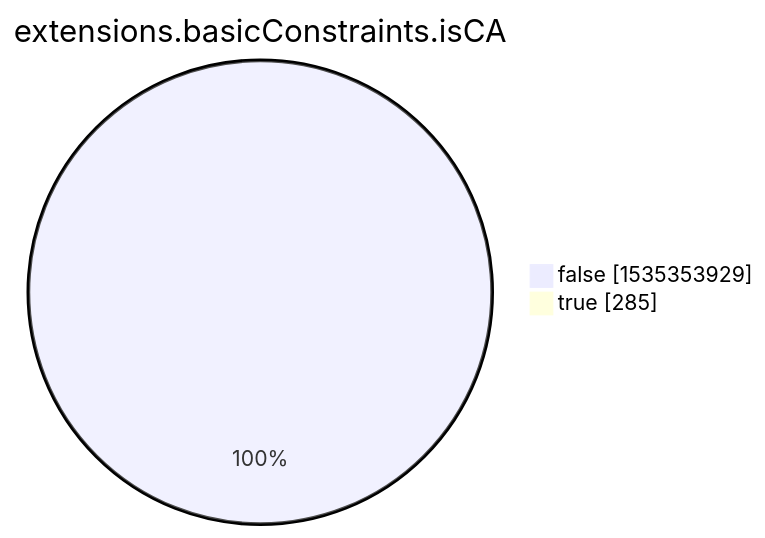
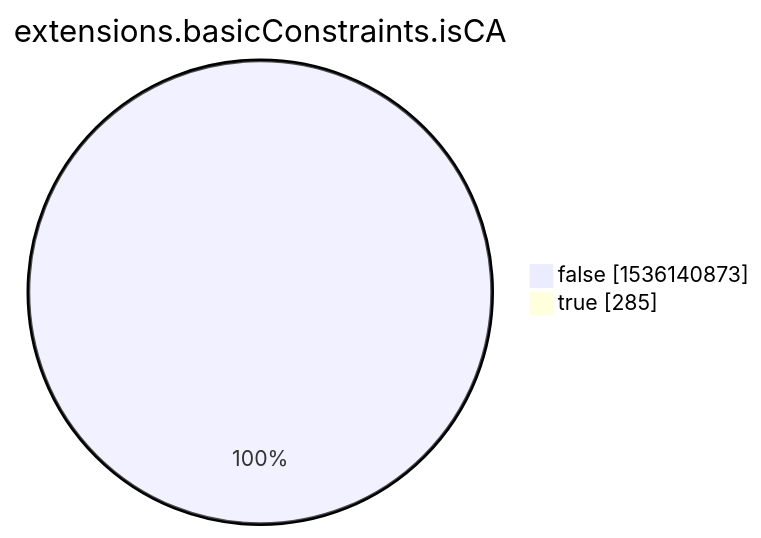
The eighth of 15 diagrams in xenon2022/README.md (christiankrug/ctmonitor_visualization), drawn with Mermaid before and after one commit. The commit also changed other lines of this file, not shown here.

````diff
--- a/xenon2022/README.md
+++ b/xenon2022/README.md
@@ -2857,6 +2857,6 @@
 ```mermaid
 pie showData
 title extensions.basicConstraints.isCA
-"false" :1535353929
+"false" :1536140873
 "true" :285
 ```
````
